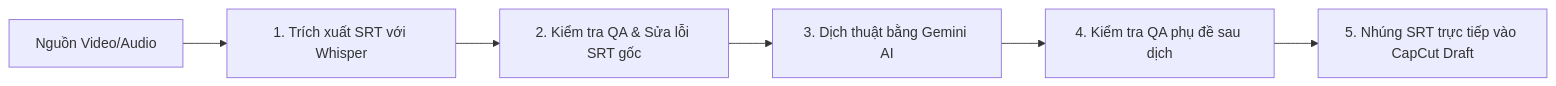
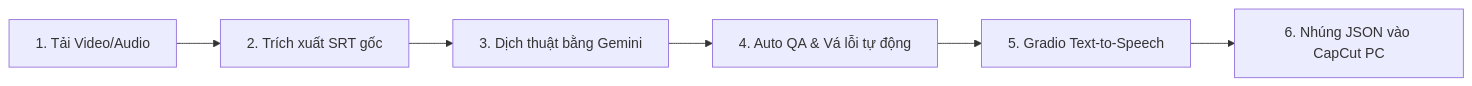
One commit to XunNghiax/NewInject changed the diagram in README.md. Above: the diagram before and after it, drawn with Mermaid. The commit also changed other lines of this file and 16 other files, not shown here.

````diff
--- a/README.md
+++ b/README.md
@@ -102,8 +61,8 @@
 ```mermaid
 flowchart LR
-    A[Nguồn Video/Audio] --> B[1. Trích xuất SRT với Whisper]
-    B --> C[2. Kiểm tra QA & Sửa lỗi SRT gốc]
-    C --> D[3. Dịch thuật bằng Gemini AI]
-    D --> E[4. Kiểm tra QA phụ đề sau dịch]
-    E --> F[5. Nhúng SRT trực tiếp vào CapCut Draft]
+    A[1. Tải Video/Audio] --> B[2. Trích xuất SRT gốc]
+    B --> C[3. Dịch thuật bằng Gemini]
+    C --> D[4. Auto QA & Vá lỗi tự động]
+    D --> E[5. Gradio Text-to-Speech]
+    E --> F[6. Nhúng JSON vào CapCut PC]
 ```
````
